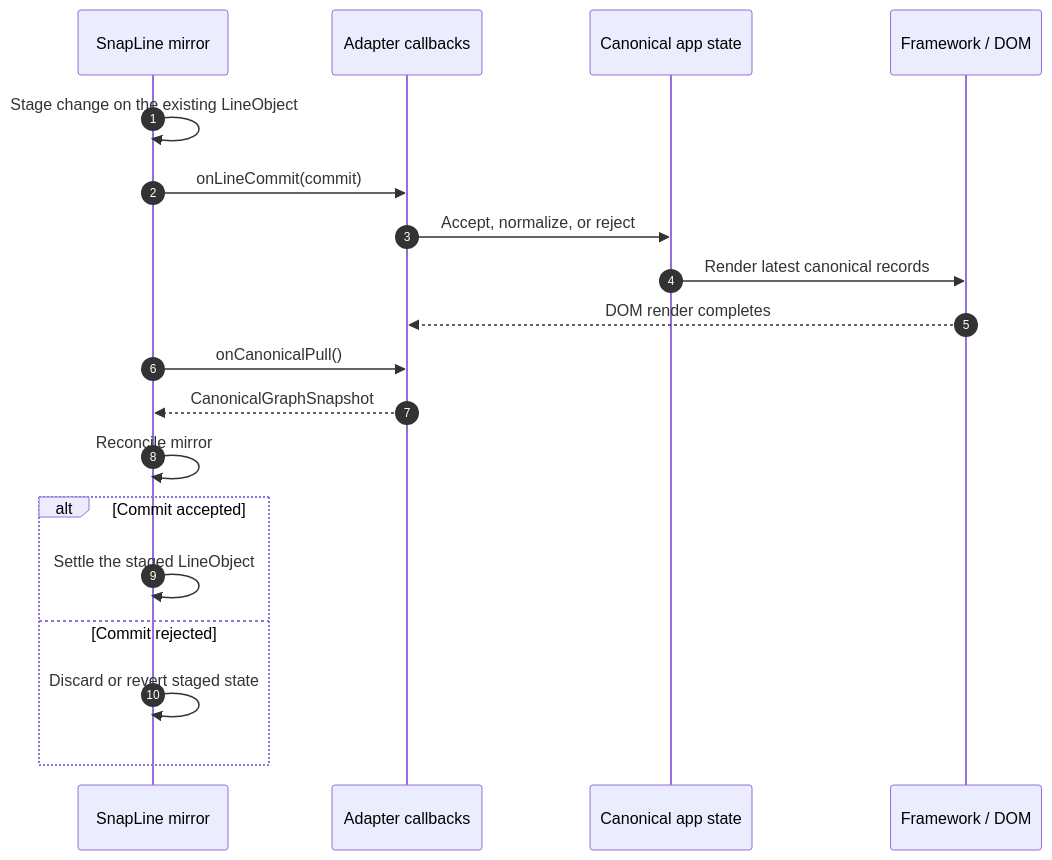
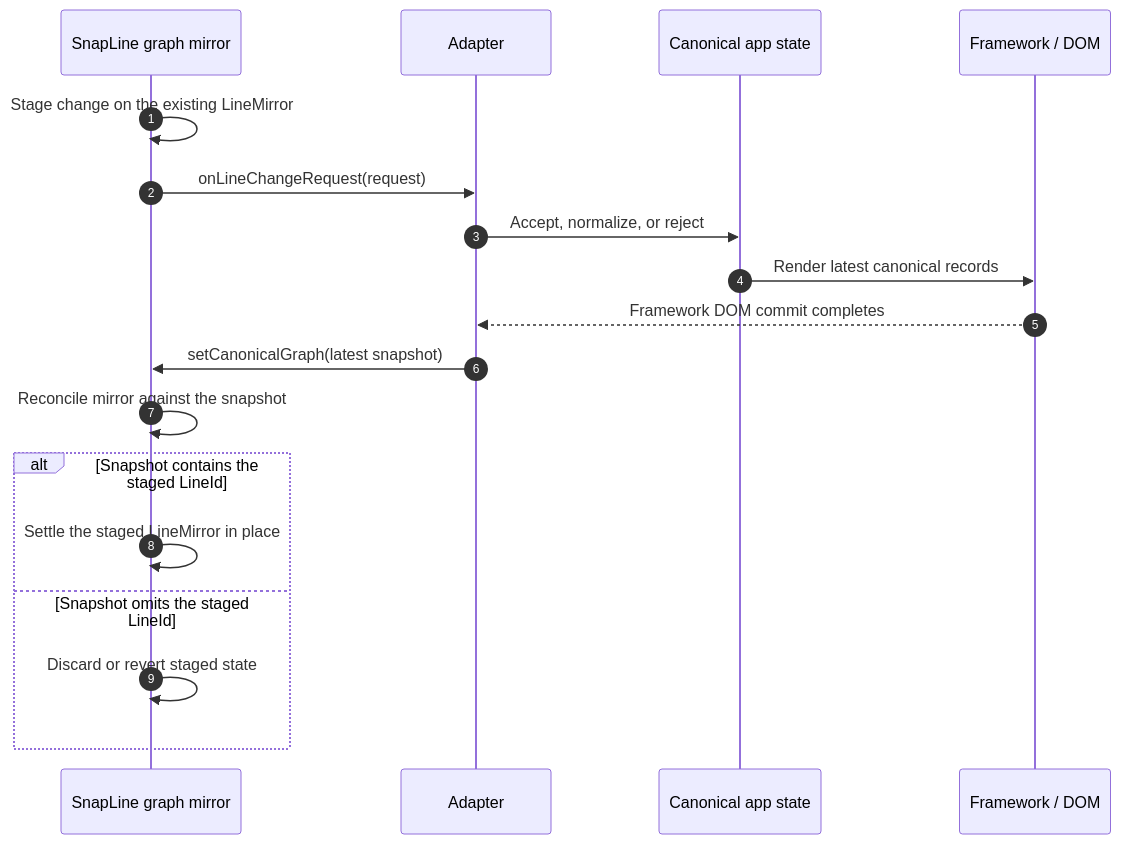
The first of 8 diagrams in docs/snapline/design/planned-rearchitecture.md (tfukaza/SnapLineJS), drawn with Mermaid before and after one commit. The commit also changed other lines of this file, not shown here.

First line of the commit message:
docs: reconcile planned re-architecture with approved design decisions

````diff
--- a/docs/snapline/design/planned-rearchitecture.md
+++ b/docs/snapline/design/planned-rearchitecture.md
@@ -150,23 +170,22 @@
 ```mermaid
 sequenceDiagram
   autonumber
-  participant SL as SnapLine mirror
-  participant A as Adapter callbacks
+  participant SL as SnapLine graph mirror
+  participant A as Adapter
   participant C as Canonical app state
   participant F as Framework / DOM
 
-  SL->>SL: Stage change on the existing LineObject
-  SL->>A: onLineCommit(commit)
+  SL->>SL: Stage change on the existing LineMirror
+  SL->>A: onLineChangeRequest(request)
   A->>C: Accept, normalize, or reject
   C->>F: Render latest canonical records
-  F-->>A: DOM render completes
-  SL->>A: onCanonicalPull()
-  A-->>SL: CanonicalGraphSnapshot
-  SL->>SL: Reconcile mirror
+  F-->>A: Framework DOM commit completes
+  A->>SL: setCanonicalGraph(latest snapshot)
+  SL->>SL: Reconcile mirror against the snapshot
 
-  alt Commit accepted
-    SL->>SL: Settle the staged LineObject
-  else Commit rejected
+  alt Snapshot contains the staged LineId
+    SL->>SL: Settle the staged LineMirror in place
+  else Snapshot omits the staged LineId
     SL->>SL: Discard or revert staged state
   end
 ```
````
